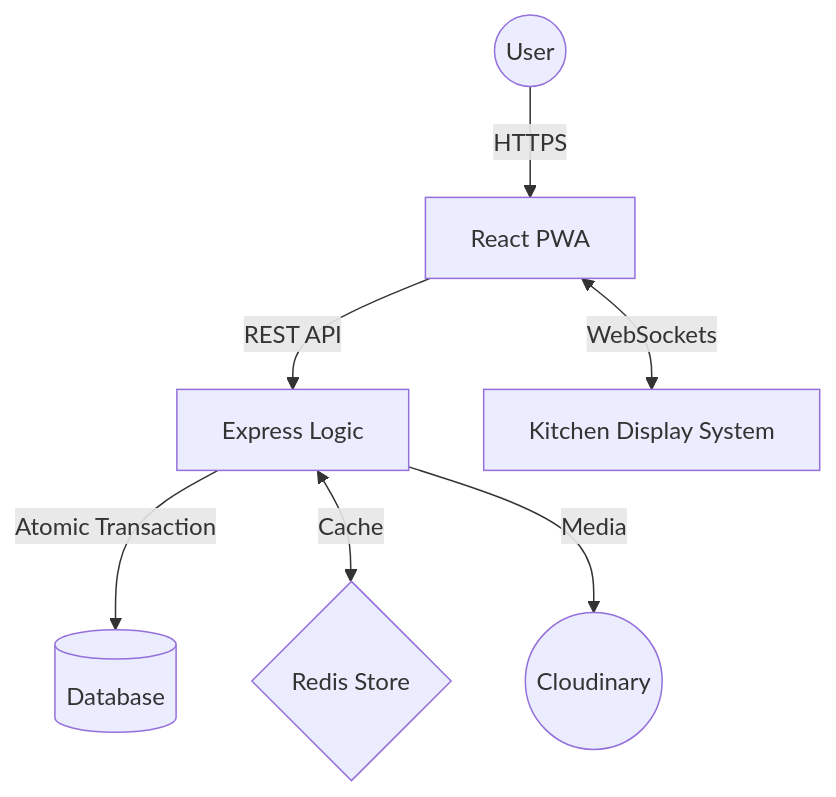
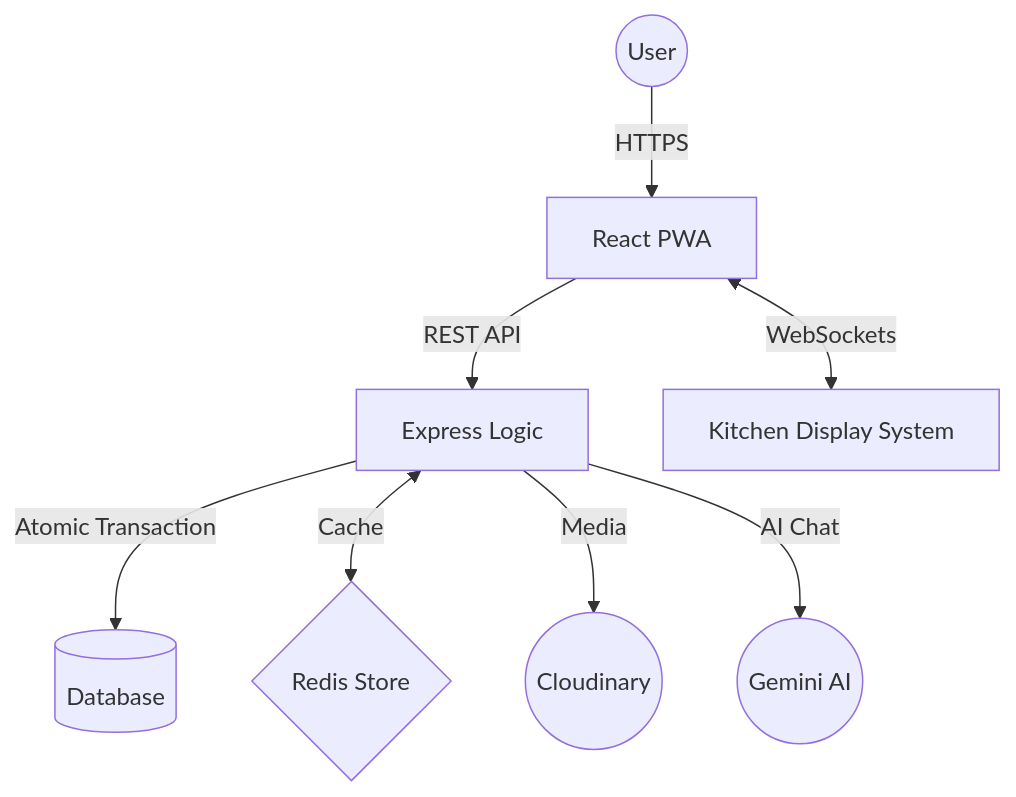
One commit to markec12345678/Tasty-Station-POS changed the diagram in readme.md. Above: the diagram before and after it, drawn with Mermaid. The commit also changed other lines of this file, not shown here.

````diff
--- a/readme.md
+++ b/readme.md
@@ -130,9 +184,10 @@
 ```mermaid
 graph TD
     User((User)) -->|HTTPS| Frontend[React PWA]
     Frontend -->|REST API| Backend[Express Logic]
     Frontend <-->|WebSockets| KDS[Kitchen Display System]
     Backend -->|Atomic Transaction| MongoDB[(Database)]
     Backend <-->|Cache| Redis{Redis Store}
     Backend -->|Media| Cloudinary((Cloudinary))
+    Backend -->|AI Chat| Gemini((Gemini AI))
 ```
````
